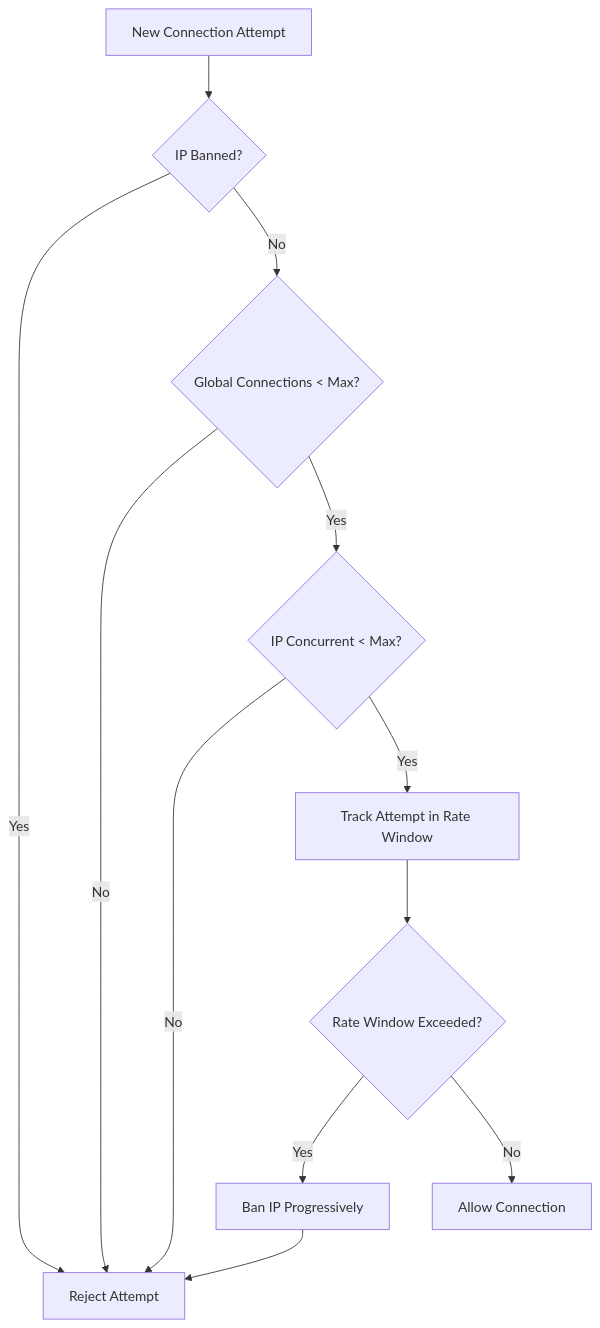
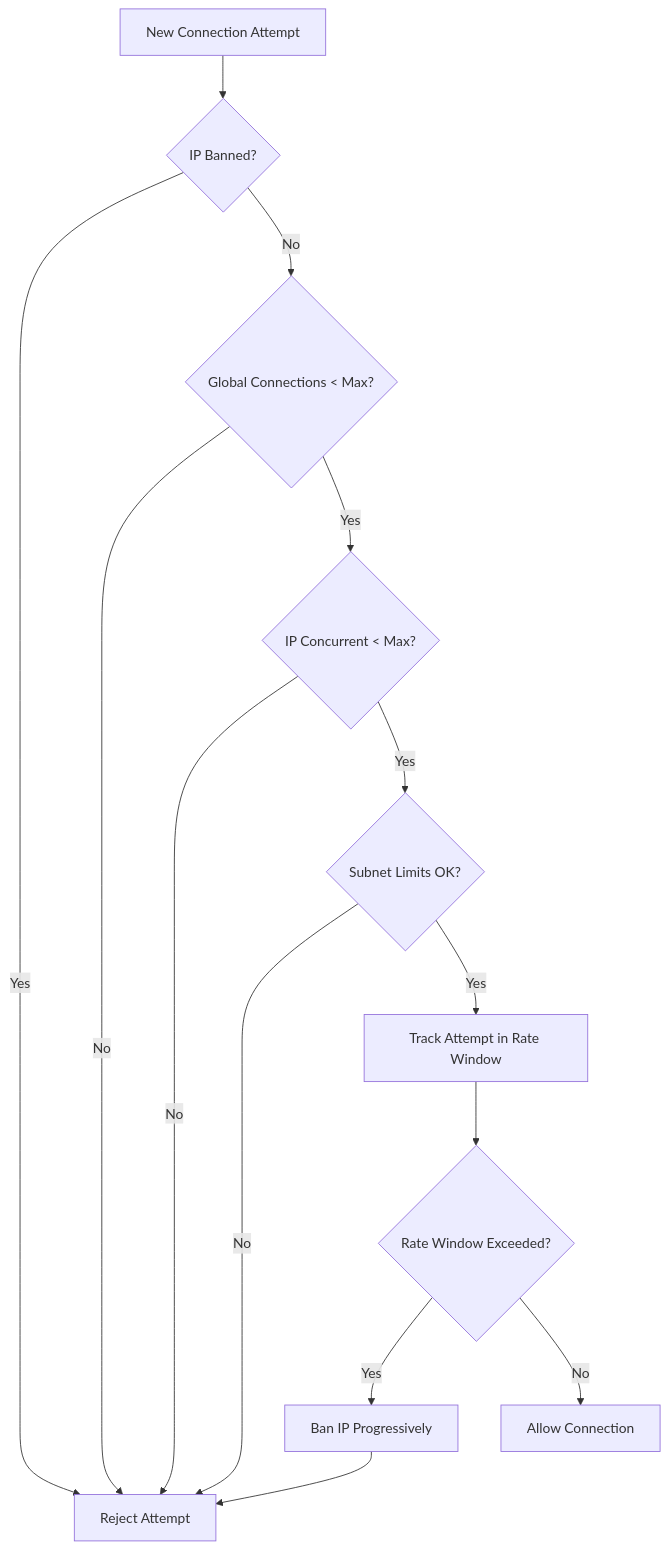
Before and after one commit to ppn-systems/Nalix: the diagram in docs/api/network/connection/connection-limiter.md, drawn with Mermaid. The commit also changed other lines of this file and 63 other files, not shown here.

````diff
--- a/docs/api/network/connection/connection-limiter.md
+++ b/docs/api/network/connection/connection-limiter.md
@@ -24,18 +26,21 @@
 ```mermaid
 flowchart TD
     Start[New Connection Attempt] --> Banned{IP Banned?}
-    
+
     Banned -->|Yes| Reject[Reject Attempt]
     Banned -->|No| GlobalLimitCheck{Global Connections < Max?}
-    
+
     GlobalLimitCheck -->|No| Reject
     GlobalLimitCheck -->|Yes| PerIpLimit{IP Concurrent < Max?}
-    
+
     PerIpLimit -->|No| Reject
-    PerIpLimit -->|Yes| SlidingWindow[Track Attempt in Rate Window]
-    
+    PerIpLimit -->|Yes| SubnetLimit{Subnet Limits OK?}
+
+    SubnetLimit -->|No| Reject
+    SubnetLimit -->|Yes| SlidingWindow[Track Attempt in Rate Window]
+
     SlidingWindow --> RateLimit{Rate Window Exceeded?}
-    
+
     RateLimit -->|Yes| TriggerBan[Ban IP Progressively] --> Reject
     RateLimit -->|No| Allow[Allow Connection]
 ```
````
